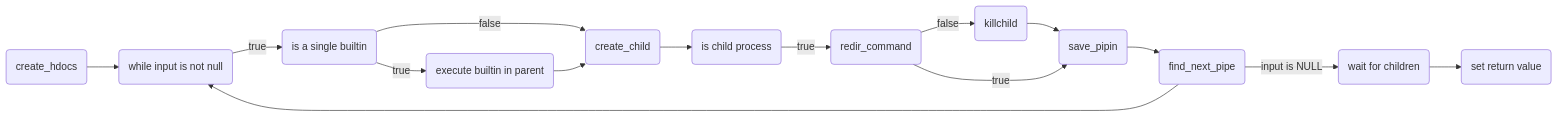
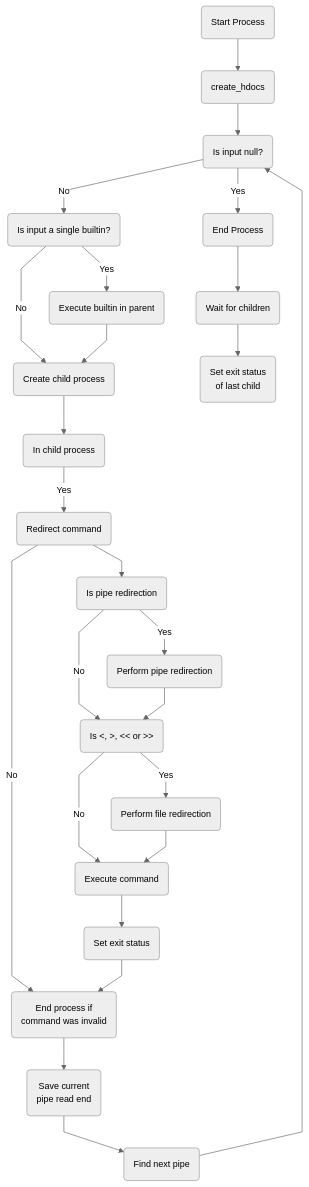
Before and after one commit to cdomet-d/minishell: the first of 2 diagrams in README.md, drawn with Mermaid. The commit also changed other lines of this file, not shown here.

Commit message:
updated mermaid graphs for readability

````diff
--- a/README.md
+++ b/README.md
@@ -53,19 +53,44 @@
 ```mermaid
-graph LR
+%%{init: {'theme': 'neutral', 'themeVariables': {'fontFamily': 'Arial', 'fontSize': '14px'}, 'flowchart': {'curve': 'linear'}}}%%
+graph TD;
 
-	C(create_hdocs)
-	C --> D(while input is not null)
+    %% Start of the process
+    A(Start Process) --> B(create_hdocs);
 
-	D -->|true| E(is a single builtin)
-	E -->|true| F(execute builtin in parent)
-	E -->|false| G(create_child)
+    %% Loop for input handling
+    B --> C(Is input null?);
+    
+    %% Handling input
+    C -->|No| D(Is input a single builtin?);
+    C -->|Yes| Q(End Process);
+    
+    %% Builtin command handling
+    D -->|Yes| E(Execute builtin in parent);
+    D -->|No| F(Create child process);
+    
+    %% Execution in parent or child
+    E --> F;
+    F --> G(In child process);
+    
+    %% Child process handling
+    G -->|Yes| H(Redirect command) --> a.0
+    H -->|No| J("End process if 
+				command was invalid" ) --> K("Save current 
+					pipe read end");
 
-	F --> G
-	G --> H(is child process)
-	H -->|true| I(redir_command)
-	I --> |false| J(killchild) --> K(save_pipin)
-	I --> |true| K
-	K--> L(find_next_pipe) --> D
+    a.0(Is pipe redirection) --> |Yes| b.0(Perform pipe redirection);
+    a.0(Is pipe redirection) --> |No| c.00(Perform pipe redirection);
+    b.0 --> c.00(Is <, >, << or >>)
+	c.00 --> |Yes| c.01(Perform file redirection);
+	c.00 --> |No| d.0(Perform file redirection);
+    c.01 --> d.0(Execute command);
+    d.0 --> g.0(Set exit status);
+	g.0 --> J
 
-	L --> |input is NULL| CLOSE(wait for children) --> RETURN(set return value)
+    %% Loop continuation
+    K --> V(Find next pipe) --> C;
+    
+    %% End of process
+    Q --> R(Wait for children) --> S("Set exit status 
+		of last child");
 ```
````
